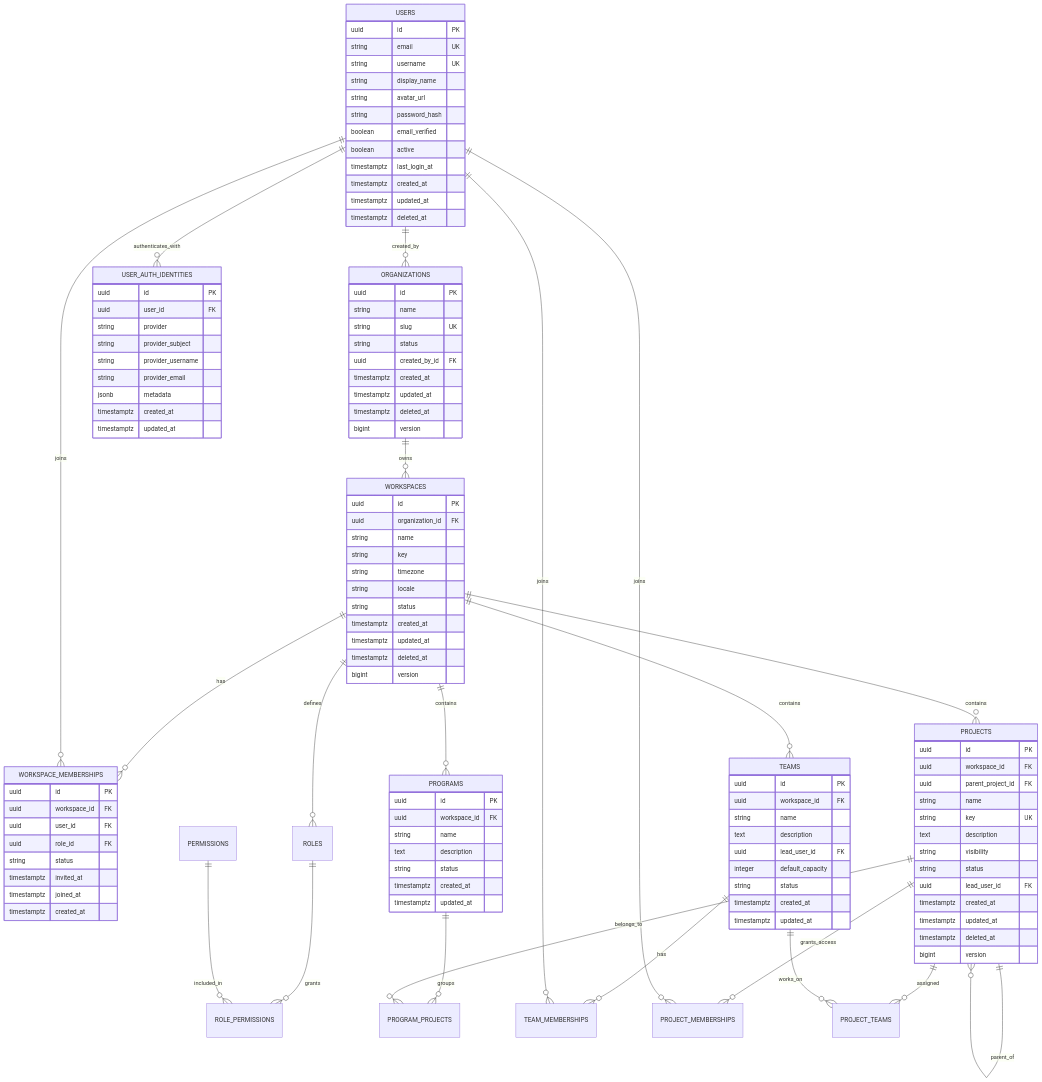
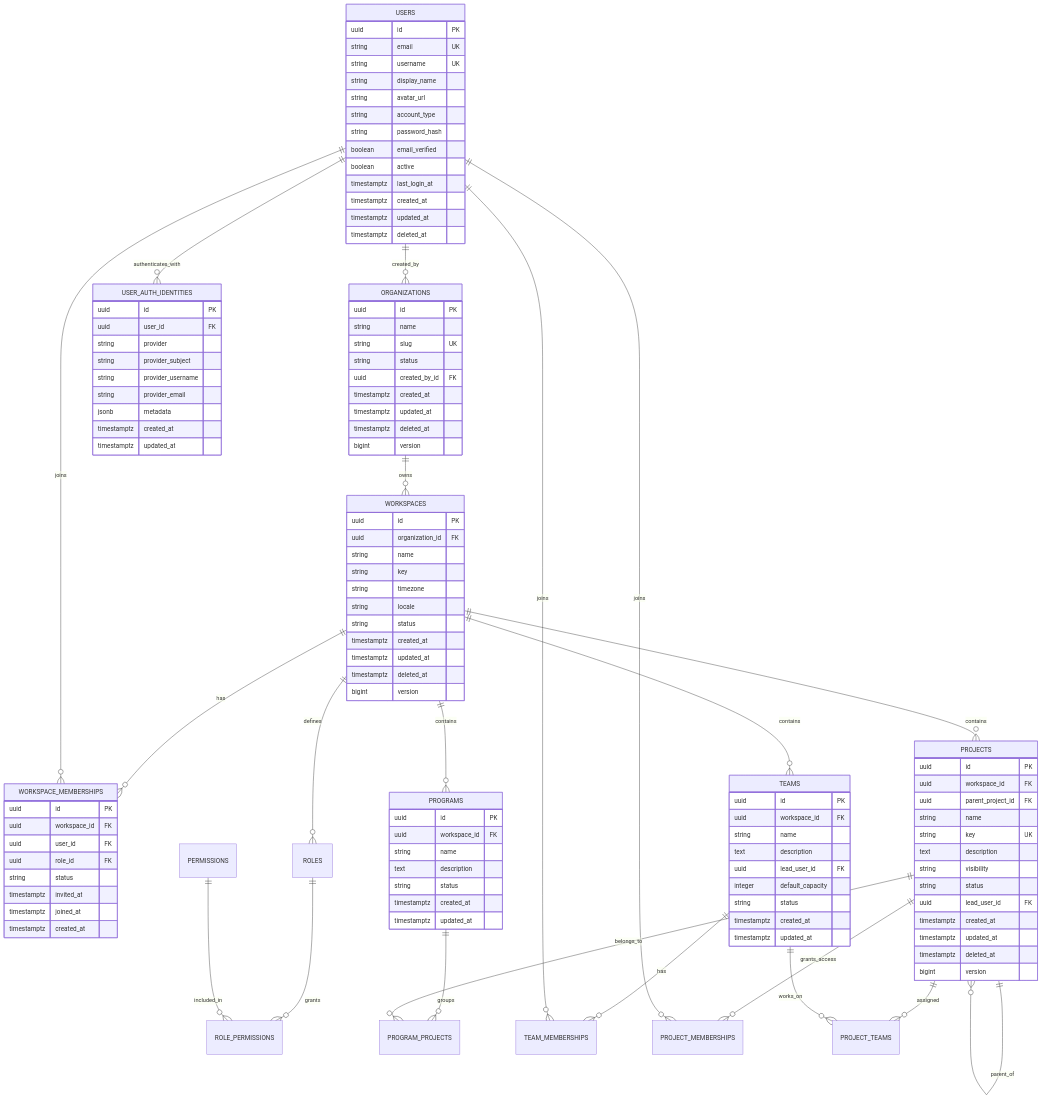
Before and after one commit to StrangeQuark/trasck: the first of 6 diagrams in TECH_SPECS.MD, drawn with Mermaid. The commit also changed other lines of this file and 23 other files, not shown here.

```diff
--- a/TECH_SPECS.MD
+++ b/TECH_SPECS.MD
@@ -189,6 +192,7 @@
         string username UK
         string display_name
         string avatar_url
+        string account_type
         string password_hash
         boolean email_verified
         boolean active
```
